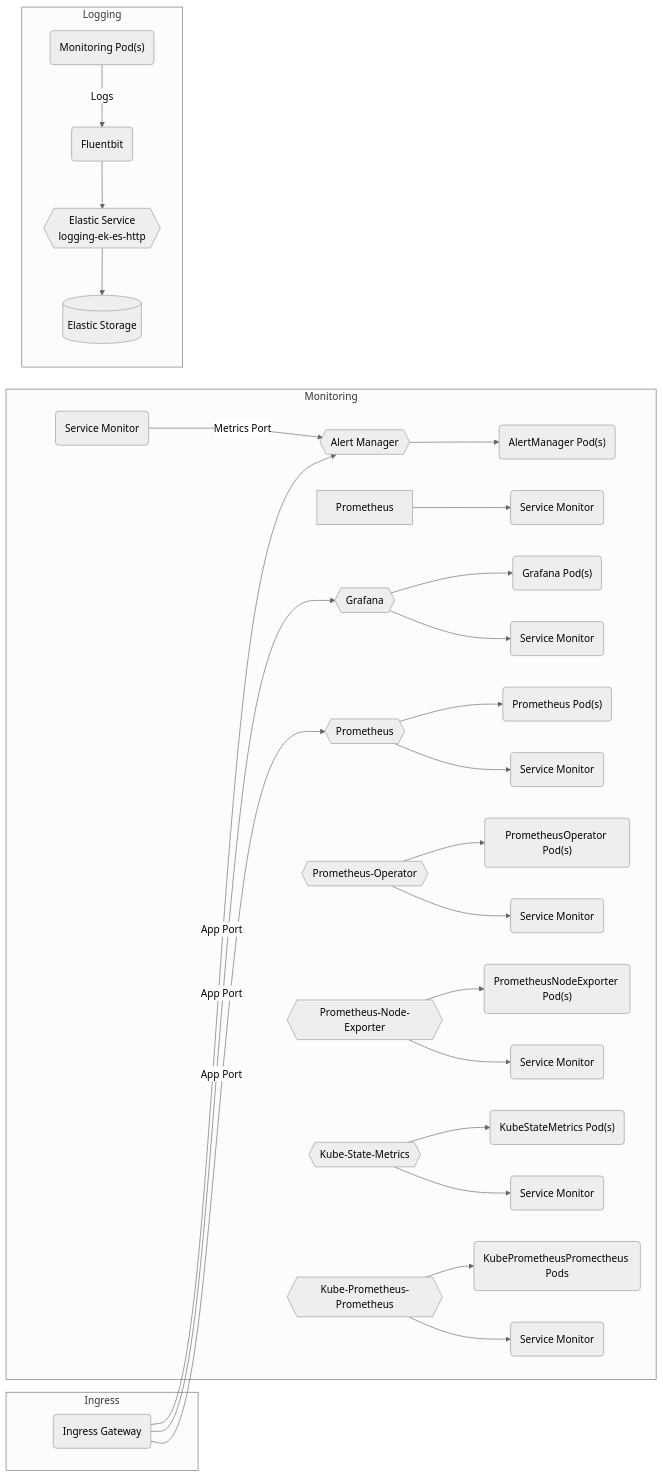
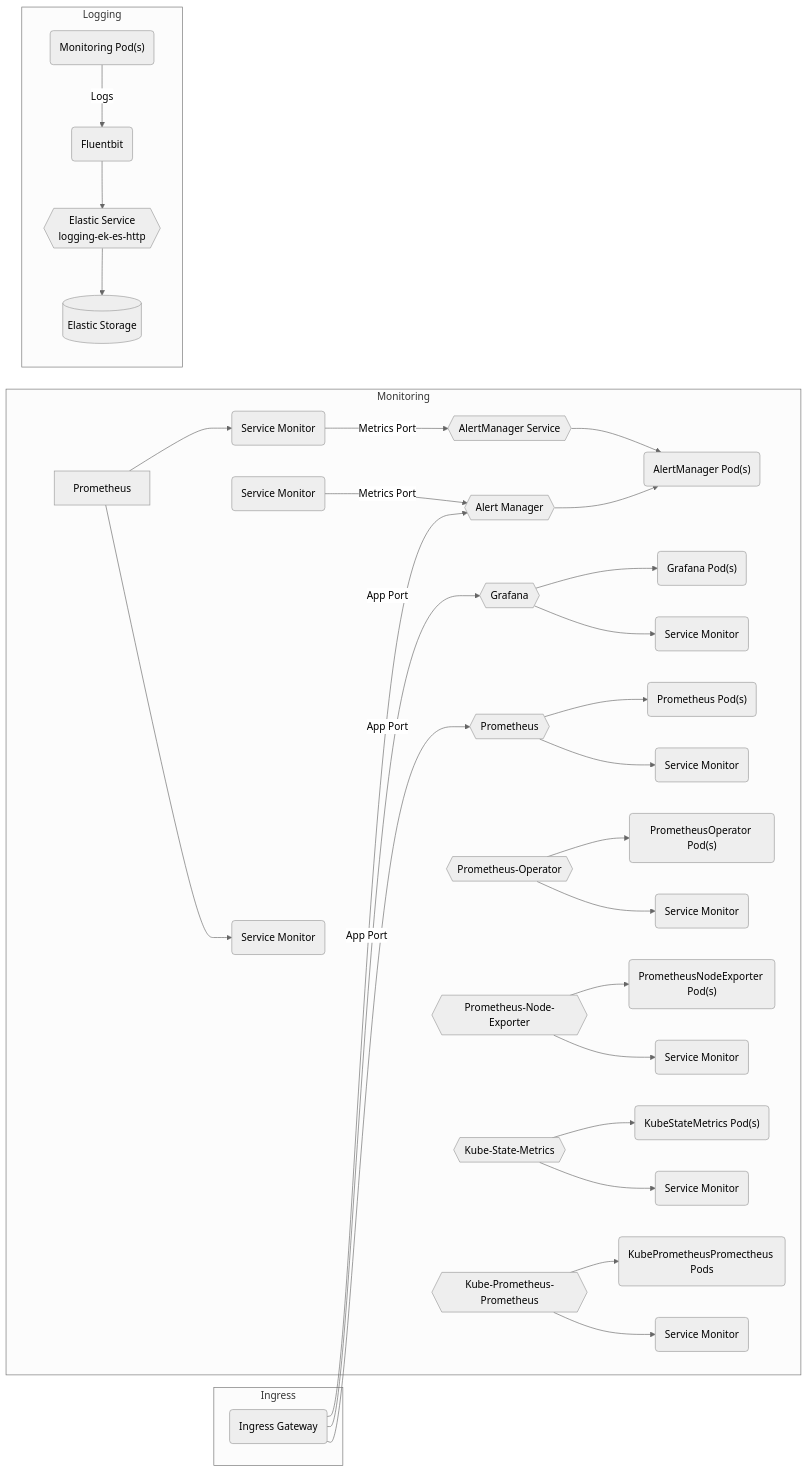
The diagram in charter/packages/monitoring/Architecture.md (sbko/bigbang), drawn with Mermaid (neutral theme) before and after one commit.

Commit message:
monitoring architecture

````diff
--- a/charter/packages/monitoring/Architecture.md
+++ b/charter/packages/monitoring/Architecture.md
@@ -12,35 +12,40 @@
  ```mermaid
 graph LR
   subgraph "Monitoring"
+    alertmanagerpods("AlertManager Pod(s)")
+    alertmanagerservice{{AlertManager Service}} --> alertmanagerpods("AlertManager Pod(s)")
+    alertmanagersvcmonitor("Service Monitor") --"Metrics Port"--> alertmanagerservice
+    Prometheus --> alertmanagersvcmonitor("Service Monitor")
+
     alertmanager{{Alert Manager}} --> alertmanagerpods("AlertManager Pod(s)")
     svcmonitor("Service Monitor") --"Metrics Port"--> alertmanager
     Prometheus --> alertsvcmonitor("Service Monitor")
     grafana{{Grafana}} --> grafanapods("Grafana  Pod(s)")
     grafana{{Grafana}} --> grafanasvcmonitor("Service Monitor")
     prometheus{{Prometheus}} --> prometheuspods("Prometheus Pod(s)")
     prometheus{{Prometheus}} --> prometheussvcmonitor("Service Monitor")
     prometheus-operator{{Prometheus-Operator}} --> prometheusoperatorpods("PrometheusOperator Pod(s)")
     prometheus-operator{{Prometheus-Operator}} --> prometheusoperatorsvcmonitor("Service Monitor")
     prometheus-node-exporter{{Prometheus-Node-Exporter}} --> prometheusnodeexporterpods("PrometheusNodeExporter Pod(s)")
     prometheus-node-exporter{{Prometheus-Node-Exporter}} --> prometheusnodeexportersvcmonitor("Service Monitor")
     kube-state-metrics{{Kube-State-Metrics}} --> kubestatemetricspods("KubeStateMetrics Pod(s)")
     kube-state-metrics{{Kube-State-Metrics}} --> kubestatemetricssvcmonitor("Service Monitor")
     kube-prometheus-prometheus{{Kube-Prometheus-Prometheus}} --> kubeprometheusprometheuspod("KubePrometheusPromectheus Pods")
    kube-prometheus-prometheus{{Kube-Prometheus-Prometheus}} --> kubeprometheusprometheussvcmonitor("Service Monitor")
 
   end      
 
   subgraph "Ingress"
     ig(Ingress Gateway) --"App Port"--> alertmanager
     ig(Ingress Gateway) --"App Port"--> grafana
      ig(Ingress Gateway) --"App Port"--> prometheus
      
   end
 
 
   subgraph "Logging"
     monitoringpods("Monitoring Pod(s)") --"Logs"--> fluent(Fluentbit) --> logging-ek-es-http
     logging-ek-es-http{{Elastic Service<br />logging-ek-es-http}} --> elastic[(Elastic Storage)]
   end
   
 ```   
````
